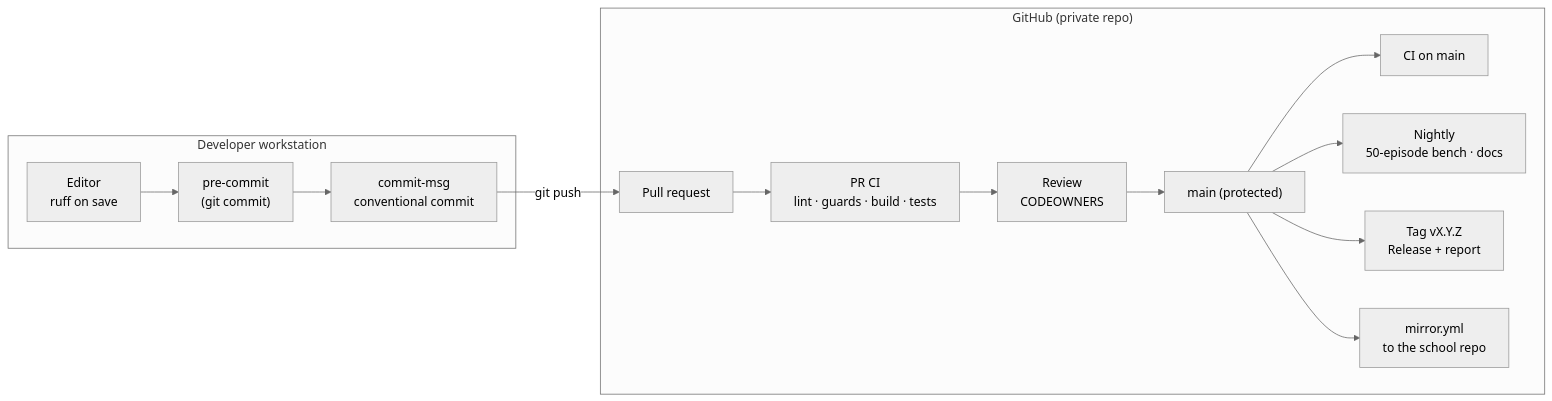
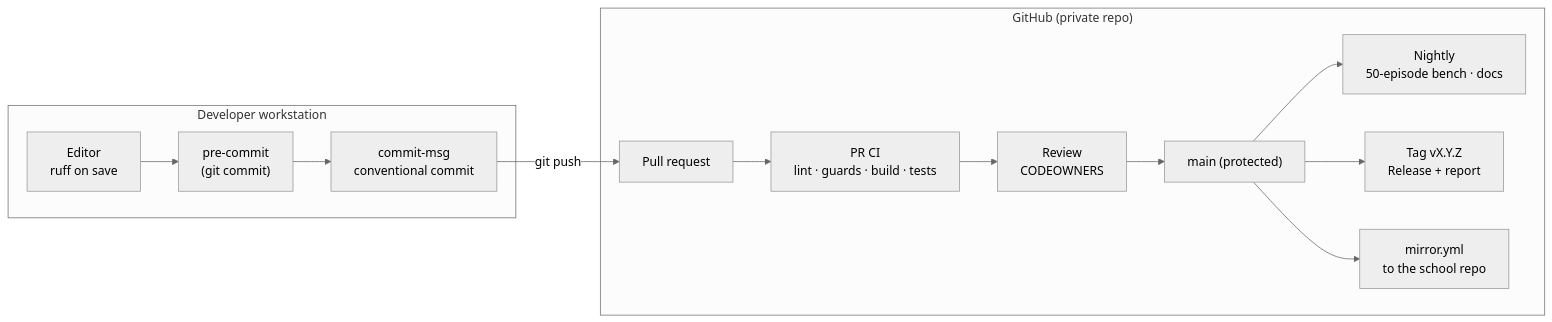
The first of 4 diagrams in docs/project/14_quality_pipeline_ci.md (FoxaxeWasTaken/Robotics), drawn with Mermaid (neutral theme) before and after one commit. The commit also changed other lines of this file and 36 other files, not shown here.

````diff
--- a/docs/project/14_quality_pipeline_ci.md
+++ b/docs/project/14_quality_pipeline_ci.md
@@ -20,17 +20,16 @@
 ```mermaid
 flowchart LR
   subgraph L["Developer workstation"]
     E["Editor<br/>ruff on save"] --> PC["pre-commit<br/>(git commit)"]
     PC --> CM["commit-msg<br/>conventional commit"]
   end
   subgraph G["GitHub (private repo)"]
     PR["Pull request"] --> CI["PR CI<br/>lint · guards · build · tests"]
     CI --> RV["Review<br/>CODEOWNERS"]
     RV --> M["main (protected)"]
-    M --> CIM["CI on main"]
     M --> N["Nightly<br/>50-episode bench · docs"]
     M --> T["Tag vX.Y.Z<br/>Release + report"]
     M --> MI["mirror.yml<br/>to the school repo"]
   end
   CM -->|git push| PR
 ```
````
